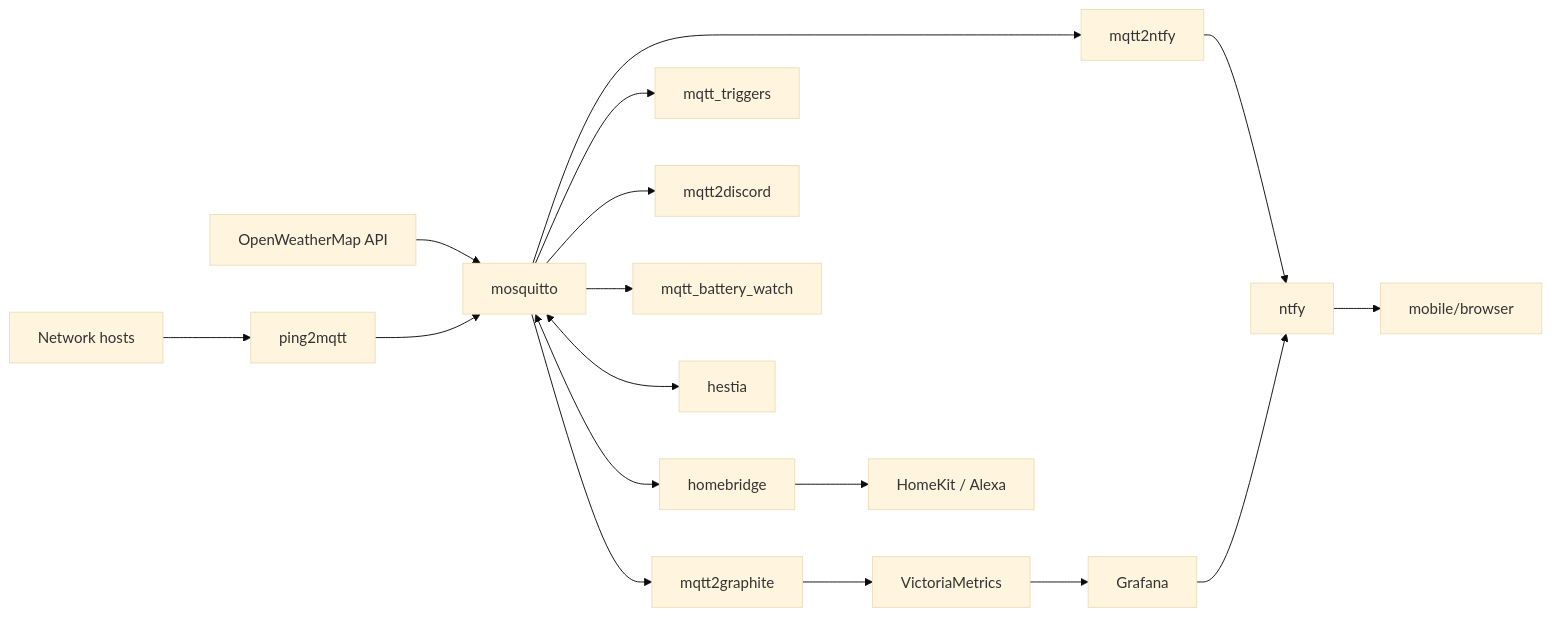
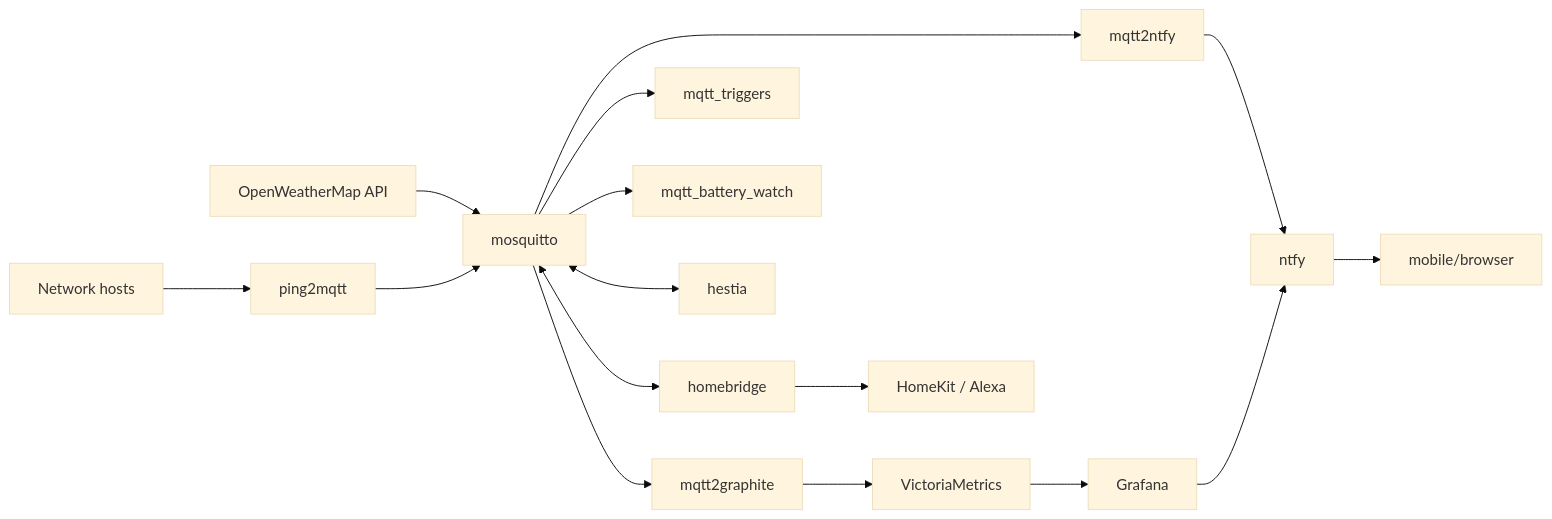
Before and after one commit to skullydazed/ai-server-redwood: the diagram in README.md, drawn with Mermaid (base theme). The commit also changed other lines of this file and 4 other files, not shown here.

````diff
--- a/README.md
+++ b/README.md
@@ -101,14 +101,13 @@
 ```mermaid
 graph LR
     OWM[OpenWeatherMap API] --> mosquitto
     hosts[Network hosts] --> ping2mqtt --> mosquitto
     mosquitto --> mqtt2graphite --> VictoriaMetrics --> Grafana
     mosquitto --> mqtt_triggers
-    mosquitto --> mqtt2discord
-    mosquitto --> mqtt_battery_watch
+mosquitto --> mqtt_battery_watch
     mosquitto <--> hestia
     mosquitto --> mqtt2ntfy --> ntfy
     Grafana --> ntfy
     ntfy --> client[mobile/browser]
     mosquitto <--> homebridge --> HomeKit[HomeKit / Alexa]
 ```
````
